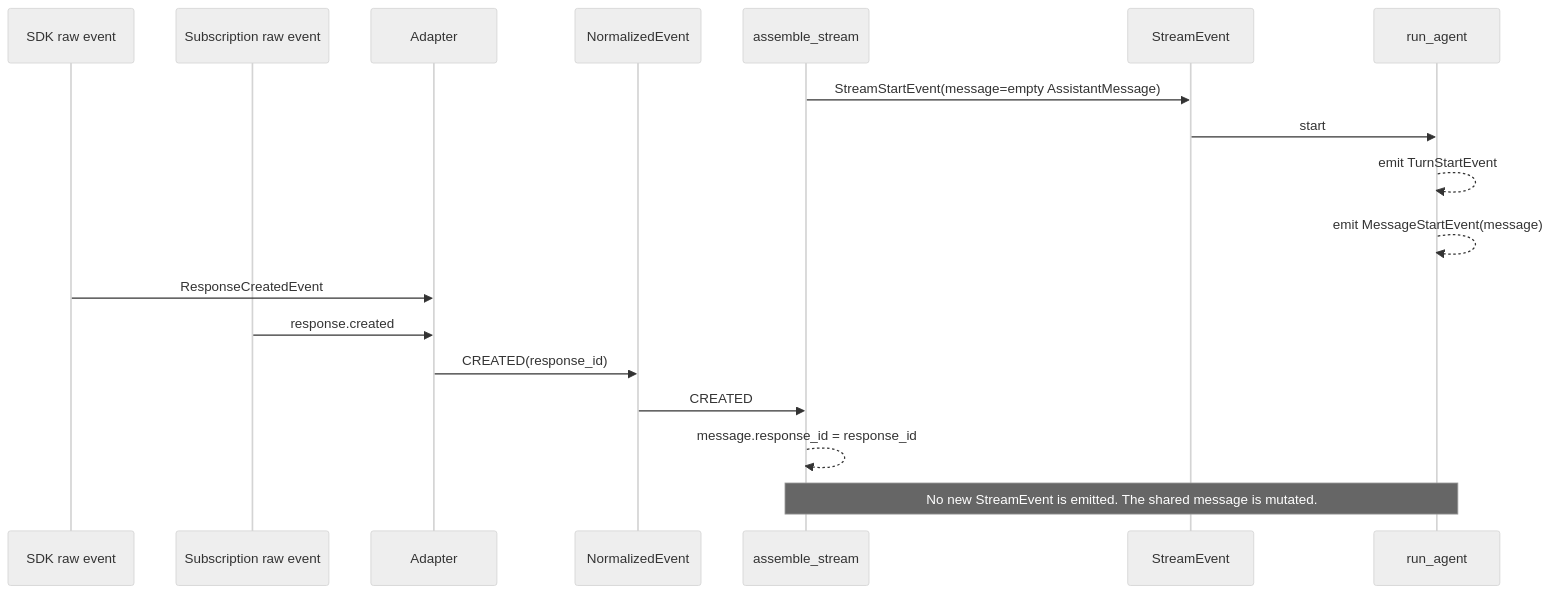
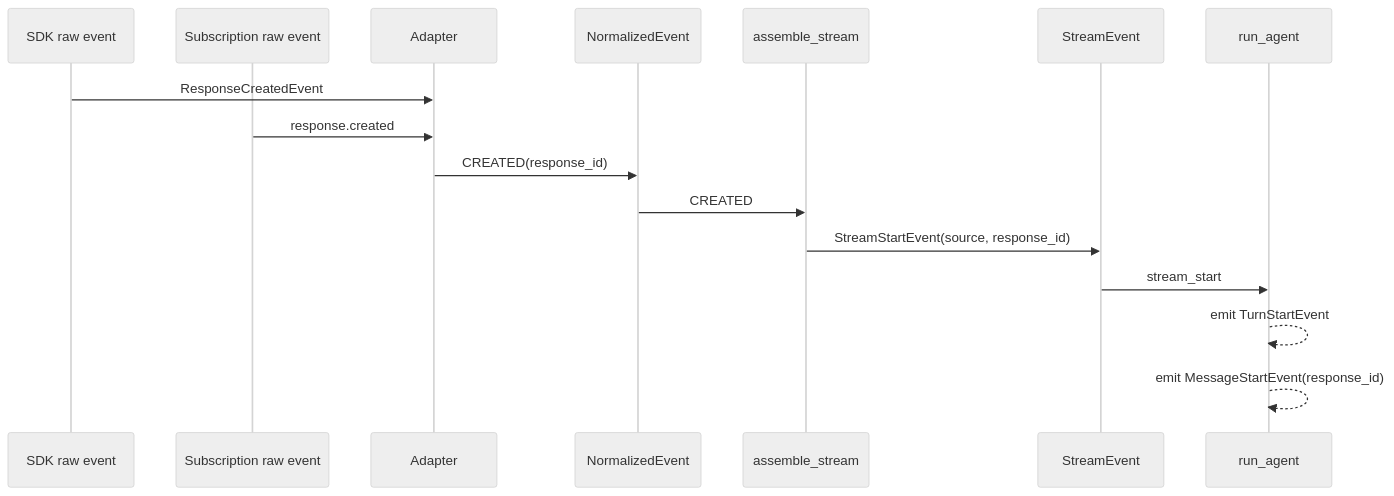
Before and after one commit to muneebshahid/tile: the second of 8 diagrams in docs/openai-stream-event-lifecycle.md, drawn with Mermaid (neutral theme). The commit also changed other lines of this file and 19 other files, not shown here.

First line of the commit message:
[codex] Refactor agent stream event contracts (#5)

````diff
--- a/docs/openai-stream-event-lifecycle.md
+++ b/docs/openai-stream-event-lifecycle.md
@@ -39,22 +39,19 @@
 ```mermaid
 sequenceDiagram
     participant SDK as SDK raw event
     participant Sub as Subscription raw event
     participant Adapter as Adapter
     participant Norm as NormalizedEvent
     participant Asm as assemble_stream
     participant Stream as StreamEvent
     participant Agent as run_agent
 
-    Asm->>Stream: StreamStartEvent(message=empty AssistantMessage)
-    Stream->>Agent: start
-    Agent-->>Agent: emit TurnStartEvent
-    Agent-->>Agent: emit MessageStartEvent(message)
-
     SDK->>Adapter: ResponseCreatedEvent
     Sub->>Adapter: response.created
     Adapter->>Norm: CREATED(response_id)
     Norm->>Asm: CREATED
-    Asm-->>Asm: message.response_id = response_id
-    Note over Asm,Agent: No new StreamEvent is emitted. The shared message is mutated.
+    Asm->>Stream: StreamStartEvent(source, response_id)
+    Stream->>Agent: stream_start
+    Agent-->>Agent: emit TurnStartEvent
+    Agent-->>Agent: emit MessageStartEvent(response_id)
 ```
````
